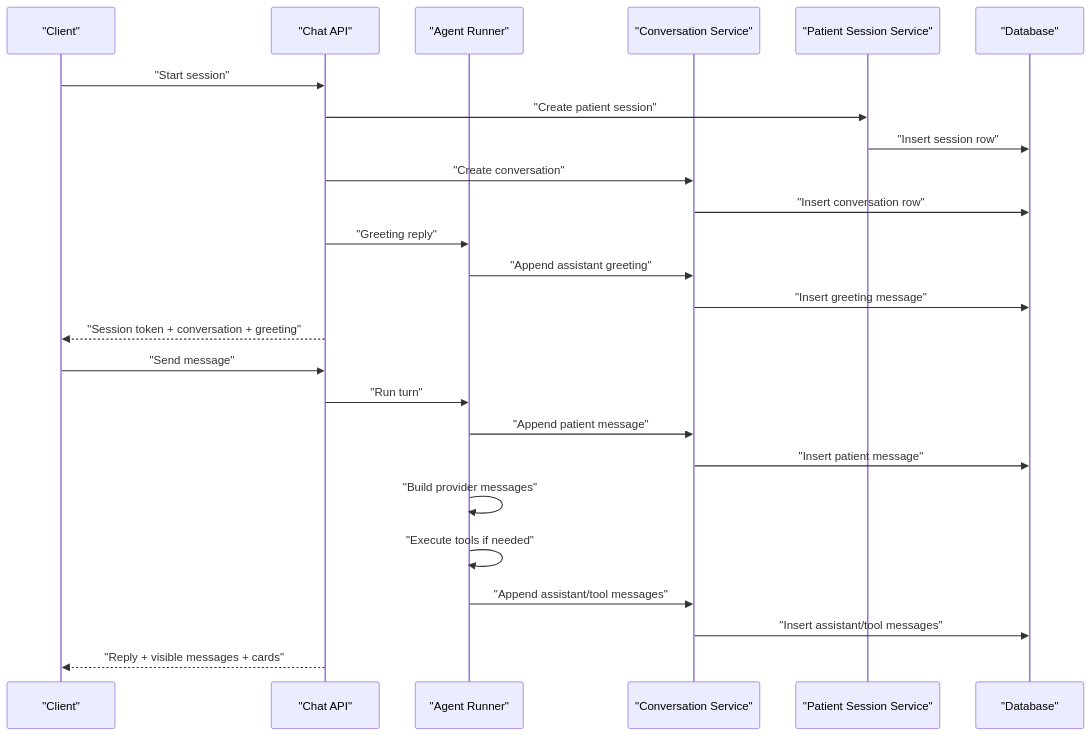
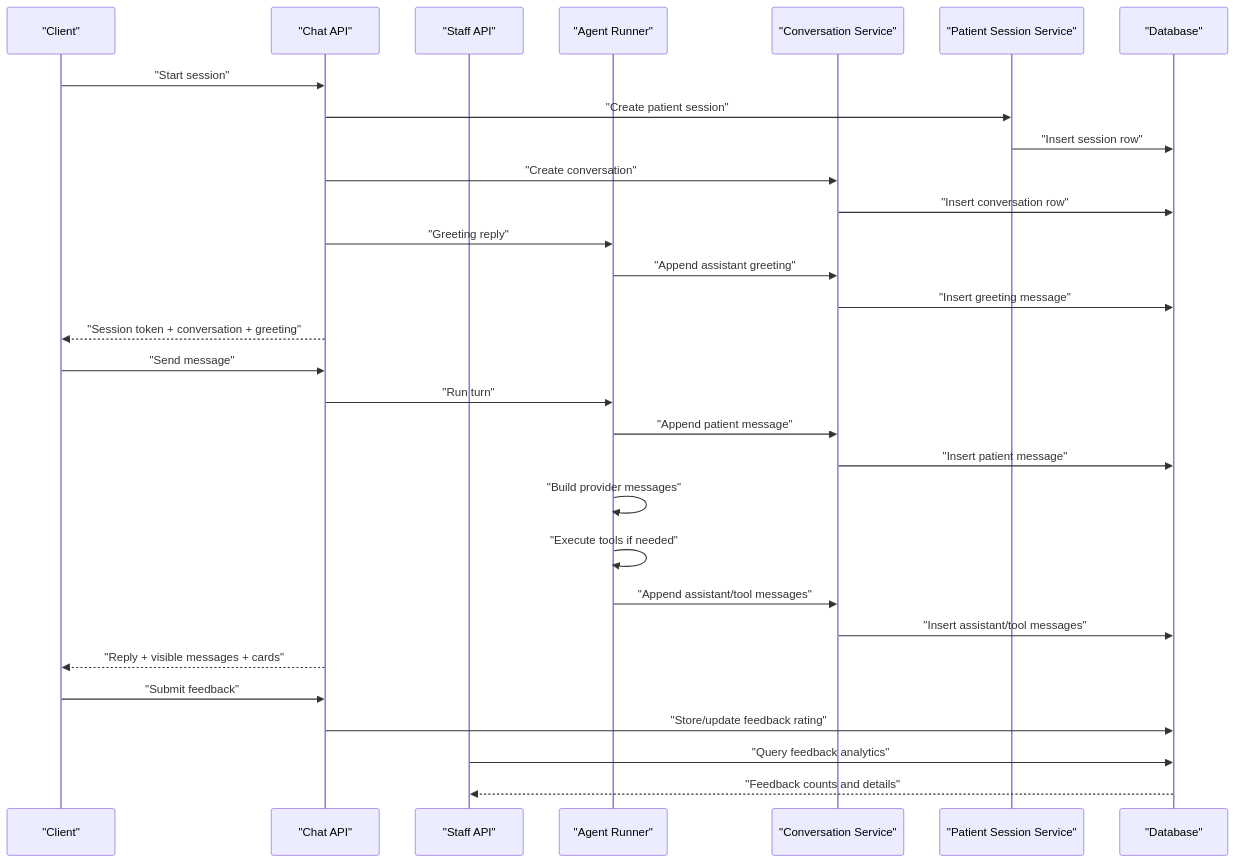
Before and after one commit to gokulkaarthicks/dental-chatbot: the second of 15 diagrams in .qoder/repowiki/en/content/Data Models/Conversation and Messaging Models.md, drawn with Mermaid. The commit also changed other lines of this file and 280 other files, not shown here.

````diff
--- a/.qoder/repowiki/en/content/Data Models/Conversation and Messaging Models.md
+++ b/.qoder/repowiki/en/content/Data Models/Conversation and Messaging Models.md
@@ -179,27 +222,32 @@
 ```mermaid
 sequenceDiagram
 participant Client as "Client"
 participant ChatAPI as "Chat API"
+participant StaffAPI as "Staff API"
 participant Runner as "Agent Runner"
 participant ConvSvc as "Conversation Service"
 participant SessionSvc as "Patient Session Service"
 participant DB as "Database"
 Client->>ChatAPI : "Start session"
 ChatAPI->>SessionSvc : "Create patient session"
 SessionSvc->>DB : "Insert session row"
 ChatAPI->>ConvSvc : "Create conversation"
 ConvSvc->>DB : "Insert conversation row"
 ChatAPI->>Runner : "Greeting reply"
 Runner->>ConvSvc : "Append assistant greeting"
 ConvSvc->>DB : "Insert greeting message"
 ChatAPI-->>Client : "Session token + conversation + greeting"
 Client->>ChatAPI : "Send message"
 ChatAPI->>Runner : "Run turn"
 Runner->>ConvSvc : "Append patient message"
 ConvSvc->>DB : "Insert patient message"
 Runner->>Runner : "Build provider messages"
 Runner->>Runner : "Execute tools if needed"
 Runner->>ConvSvc : "Append assistant/tool messages"
 ConvSvc->>DB : "Insert assistant/tool messages"
 ChatAPI-->>Client : "Reply + visible messages + cards"
+Client->>ChatAPI : "Submit feedback"
+ChatAPI->>DB : "Store/update feedback rating"
+StaffAPI->>DB : "Query feedback analytics"
+DB-->>StaffAPI : "Feedback counts and details"
 ```
````
